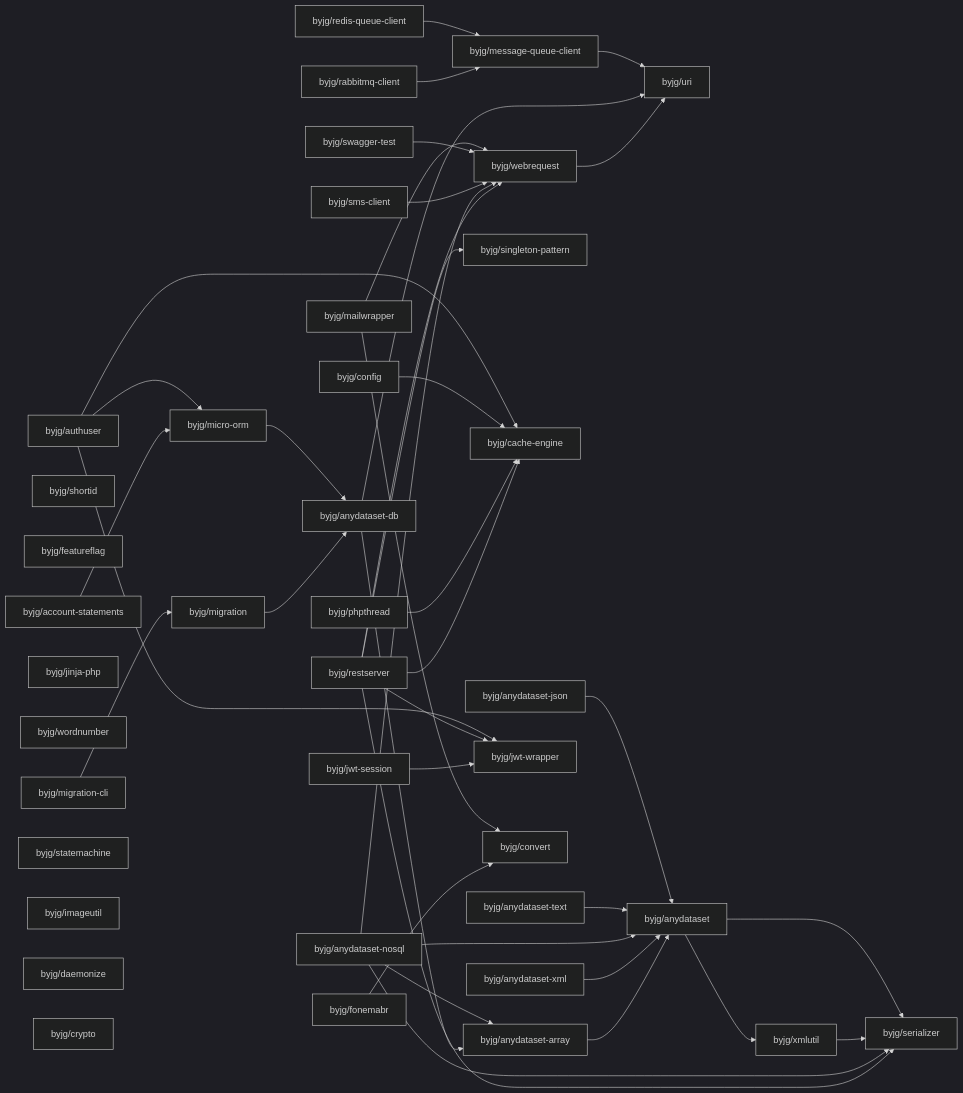
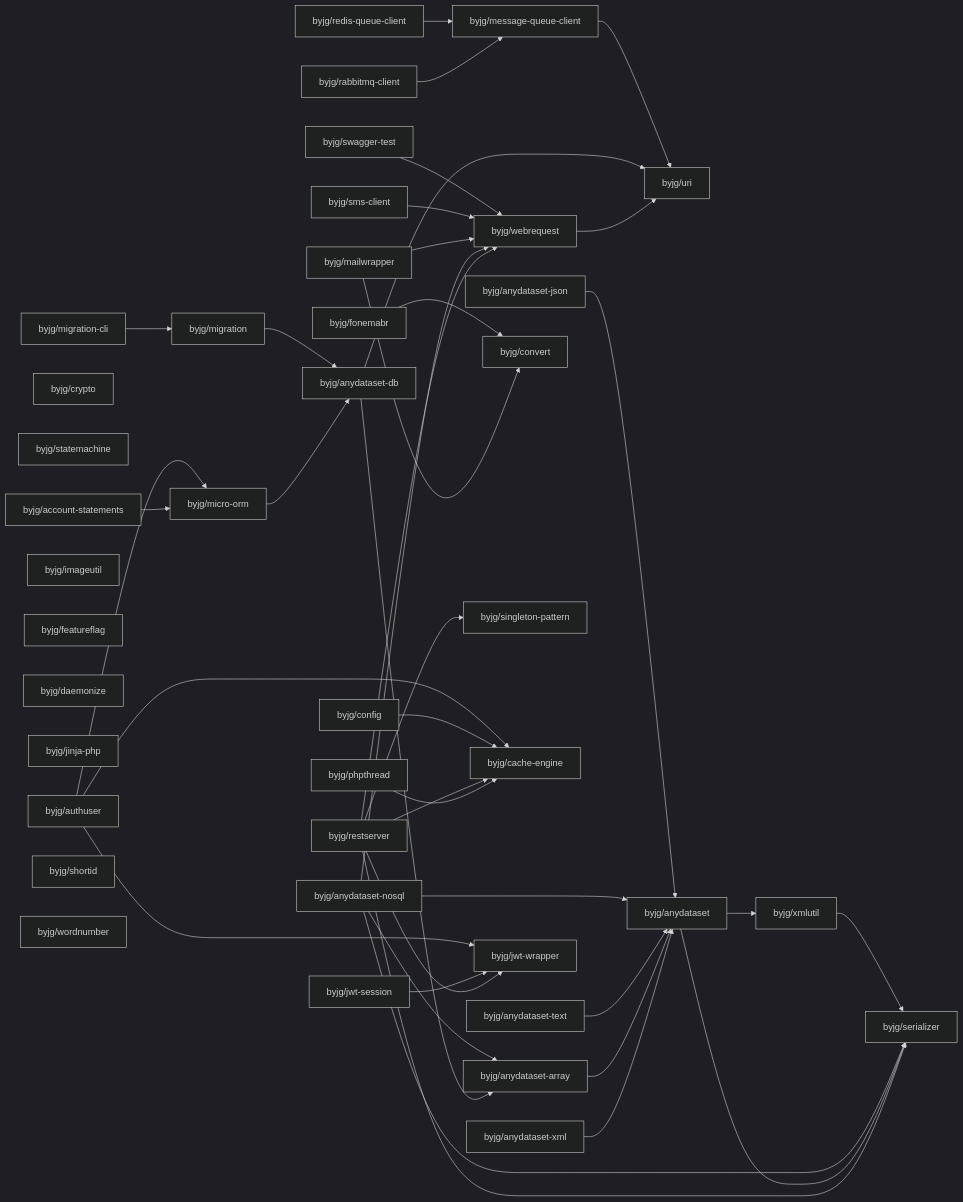
The diagram in docs/php/README.md (byjg/byjg.github.io), drawn with Mermaid (dark theme) before and after one commit. The commit also changed other lines of this file, not shown here.

Commit message:
Update documentation 'php' 'php-migration'

````diff
--- a/docs/php/README.md
+++ b/docs/php/README.md
@@ -3,79 +3,79 @@
 ```mermaid
 graph LR;
+  byjg/migration-cli;
+  byjg/anydataset-text;
+  byjg/anydataset-xml;
   byjg/rabbitmq-client;
-  byjg/restserver;
+  byjg/crypto;
+  byjg/swagger-test;
+  byjg/sms-client;
+  byjg/redis-queue-client;
+  byjg/fonemabr;
+  byjg/mailwrapper;
+  byjg/statemachine;
+  byjg/authuser;
+  byjg/jwt-session;
+  byjg/imageutil;
+  byjg/featureflag;
+  byjg/anydataset-json;
+  byjg/phpthread;
+  byjg/daemonize;
+  byjg/jinja-php;
+  byjg/anydataset-nosql;
   byjg/account-statements;
   byjg/shortid;
-  byjg/anydataset-nosql;
+  byjg/wordnumber;
   byjg/config;
-  byjg/anydataset-xml;
-  byjg/featureflag;
-  byjg/anydataset-text;
-  byjg/authuser;
-  byjg/jinja-php;
-  byjg/phpthread;
-  byjg/wordnumber;
-  byjg/migration-cli;
-  byjg/statemachine;
-  byjg/swagger-test;
-  byjg/imageutil;
-  byjg/redis-queue-client;
-  byjg/daemonize;
-  byjg/anydataset-json;
-  byjg/jwt-session;
-  byjg/sms-client;
-  byjg/fonemabr;
-  byjg/mailwrapper;
-  byjg/crypto;
-  byjg/singleton-pattern;
-  byjg/micro-orm;
-  byjg/cache-engine;
+  byjg/restserver;
   byjg/migration;
   byjg/message-queue-client;
+  byjg/convert;
+  byjg/micro-orm;
+  byjg/singleton-pattern;
+  byjg/cache-engine;
+  byjg/webrequest;
   byjg/jwt-wrapper;
-  byjg/convert;
-  byjg/webrequest;
   byjg/anydataset-db;
   byjg/anydataset-array;
   byjg/uri;
   byjg/anydataset;
   byjg/xmlutil;
   byjg/serializer;
-  byjg/account-statements --> byjg/micro-orm;
+  byjg/migration --> byjg/anydataset-db;
   byjg/fonemabr --> byjg/convert;
-  byjg/webrequest --> byjg/uri;
-  byjg/anydataset-array --> byjg/anydataset;
-  byjg/anydataset-xml --> byjg/anydataset;
-  byjg/rabbitmq-client --> byjg/message-queue-client;
+  byjg/swagger-test --> byjg/webrequest;
+  byjg/authuser --> byjg/micro-orm;
+  byjg/authuser --> byjg/cache-engine;
+  byjg/authuser --> byjg/jwt-wrapper;
+  byjg/config --> byjg/cache-engine;
+  byjg/message-queue-client --> byjg/uri;
+  byjg/sms-client --> byjg/webrequest;
+  byjg/xmlutil --> byjg/serializer;
+  byjg/anydataset-json --> byjg/anydataset;
+  byjg/mailwrapper --> byjg/convert;
+  byjg/mailwrapper --> byjg/webrequest;
+  byjg/anydataset-nosql --> byjg/anydataset;
+  byjg/anydataset-nosql --> byjg/anydataset-array;
+  byjg/anydataset-nosql --> byjg/serializer;
+  byjg/anydataset-nosql --> byjg/webrequest;
+  byjg/migration-cli --> byjg/migration;
   byjg/redis-queue-client --> byjg/message-queue-client;
   byjg/jwt-session --> byjg/jwt-wrapper;
+  byjg/anydataset --> byjg/serializer;
+  byjg/anydataset --> byjg/xmlutil;
   byjg/anydataset-db --> byjg/anydataset-array;
   byjg/anydataset-db --> byjg/uri;
+  byjg/anydataset-text --> byjg/anydataset;
   byjg/restserver --> byjg/serializer;
   byjg/restserver --> byjg/singleton-pattern;
   byjg/restserver --> byjg/cache-engine;
   byjg/restserver --> byjg/webrequest;
   byjg/restserver --> byjg/jwt-wrapper;
-  byjg/migration --> byjg/anydataset-db;
-  byjg/anydataset-nosql --> byjg/anydataset;
-  byjg/anydataset-nosql --> byjg/anydataset-array;
-  byjg/anydataset-nosql --> byjg/serializer;
-  byjg/anydataset-nosql --> byjg/webrequest;
+  byjg/account-statements --> byjg/micro-orm;
+  byjg/webrequest --> byjg/uri;
+  byjg/micro-orm --> byjg/anydataset-db;
+  byjg/anydataset-array --> byjg/anydataset;
+  byjg/anydataset-xml --> byjg/anydataset;
   byjg/phpthread --> byjg/cache-engine;
-  byjg/sms-client --> byjg/webrequest;
-  byjg/swagger-test --> byjg/webrequest;
-  byjg/migration-cli --> byjg/migration;
-  byjg/config --> byjg/cache-engine;
-  byjg/anydataset-text --> byjg/anydataset;
-  byjg/micro-orm --> byjg/anydataset-db;
-  byjg/authuser --> byjg/micro-orm;
-  byjg/authuser --> byjg/cache-engine;
-  byjg/authuser --> byjg/jwt-wrapper;
-  byjg/anydataset-json --> byjg/anydataset;
-  byjg/mailwrapper --> byjg/convert;
-  byjg/mailwrapper --> byjg/webrequest;
-  byjg/xmlutil --> byjg/serializer;
-  byjg/anydataset --> byjg/serializer;
-  byjg/anydataset --> byjg/xmlutil;
-  byjg/message-queue-client --> byjg/uri;
+  byjg/rabbitmq-client --> byjg/message-queue-client;
 ```
````
